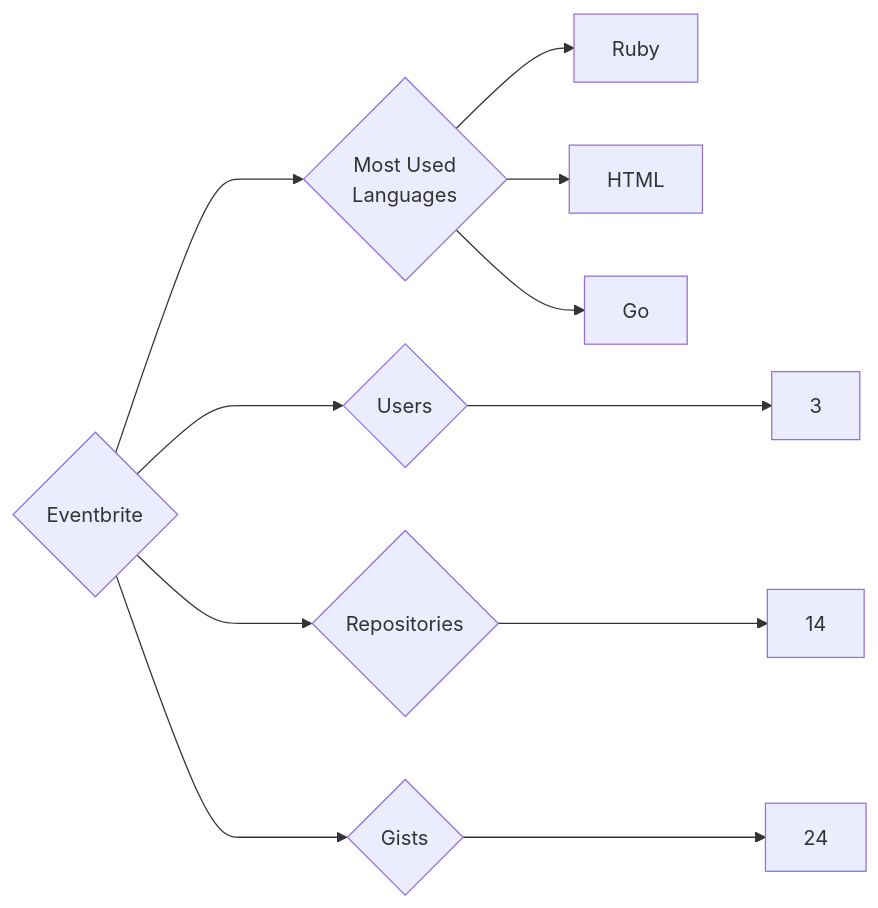
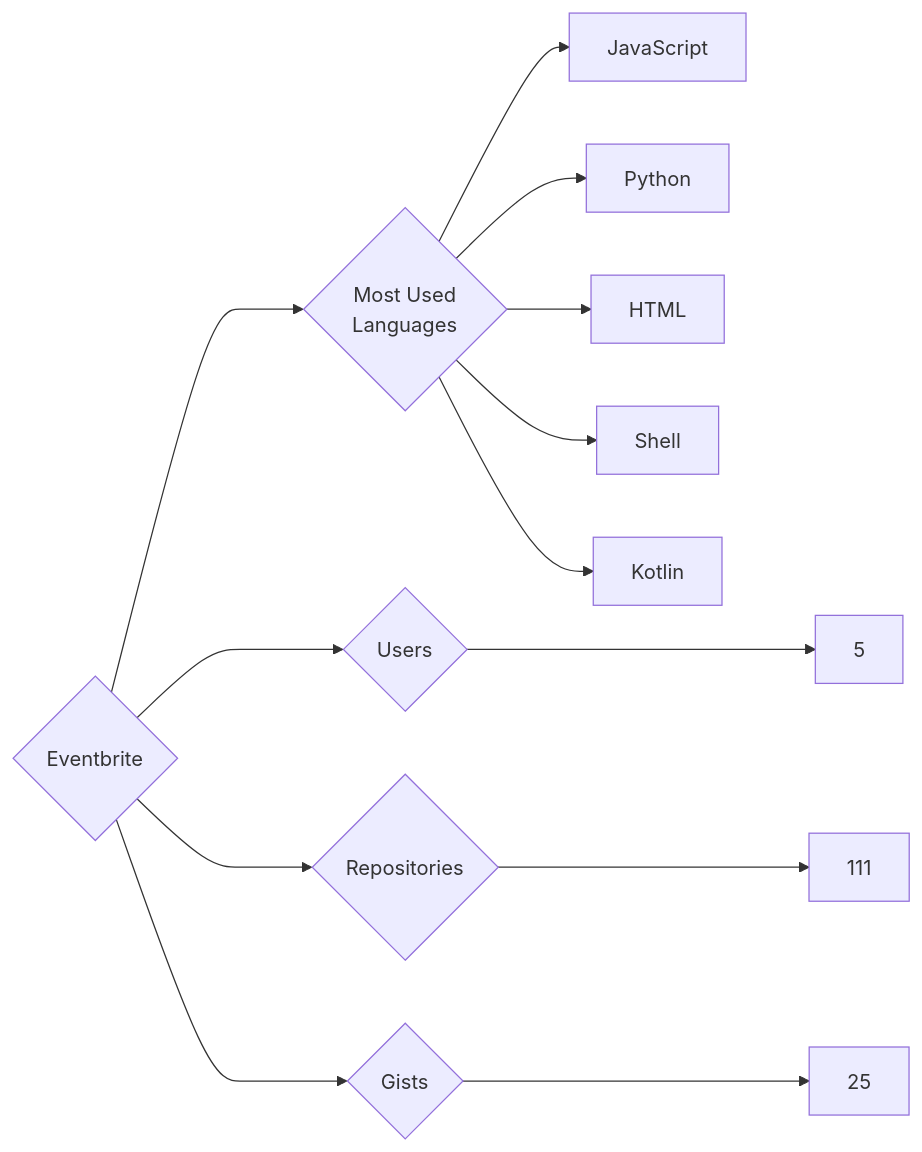
The diagram in targets/Eventbrite/README.md (trickest/insiders), drawn with Mermaid before and after one commit. The commit also changed 840 other files, not shown here.

````diff
--- a/targets/Eventbrite/README.md
+++ b/targets/Eventbrite/README.md
@@ -3,11 +3,13 @@
 ```mermaid
 graph LR
 COMPANY_NAME{Eventbrite}
-COMPANY_NAME ---> U{Users} ---> UN[3]
-COMPANY_NAME ---> R{Repositories} ---> RN[14]
-COMPANY_NAME ---> G{Gists} ---> GN[24]
+COMPANY_NAME ---> U{Users} ---> UN[5]
+COMPANY_NAME ---> R{Repositories} ---> RN[111]
+COMPANY_NAME ---> G{Gists} ---> GN[25]
 COMPANY_NAME ---> ML{Most Used<br>Languages}
-ML --> Ruby[Ruby]
+ML --> JavaScript[JavaScript]
+ML --> Python[Python]
 ML --> HTML[HTML]
-ML --> Go[Go]
+ML --> Shell[Shell]
+ML --> Kotlin[Kotlin]
 ```
````
